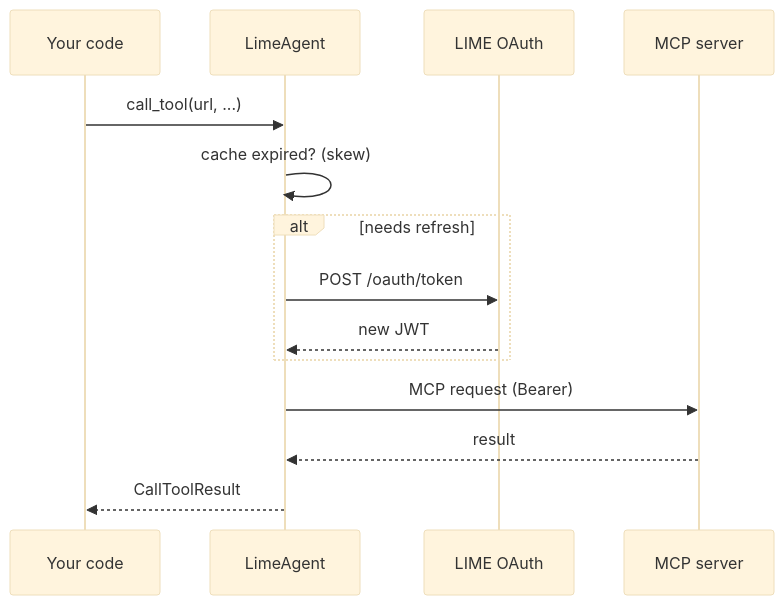
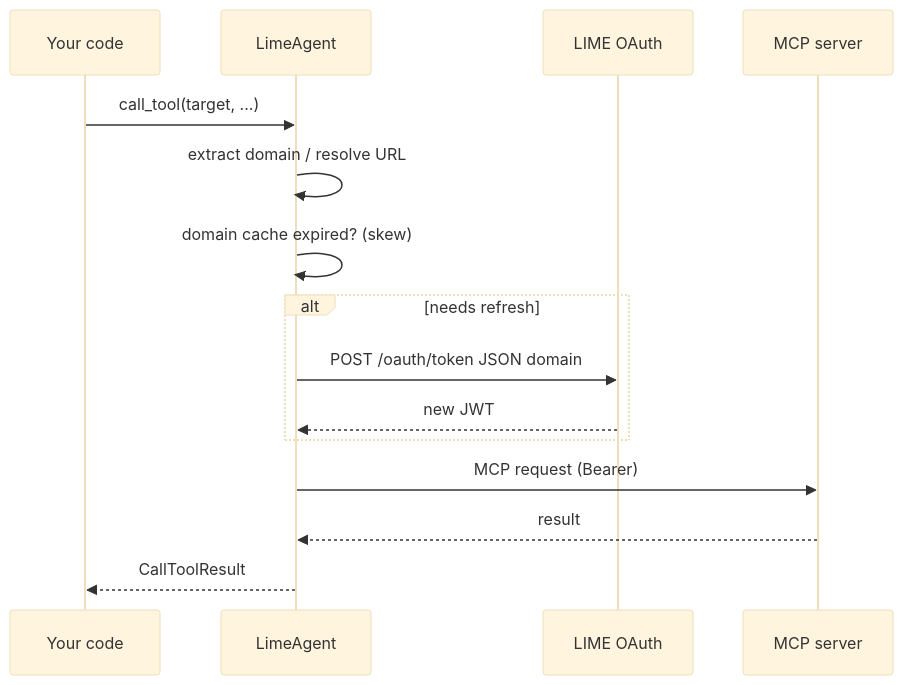
One commit to Mawyxx/lime-agents-sdk changed the diagram in docs/mcp-oauth.md. Above: the diagram before and after it, drawn with Mermaid (base theme). The commit also changed other lines of this file and 24 other files, not shown here.

First line of the commit message:
release: lime-agents-sdk 1.0.0 Zero-Touch Auth

````diff
--- a/docs/mcp-oauth.md
+++ b/docs/mcp-oauth.md
@@ -19,17 +37,18 @@
 ```mermaid
 sequenceDiagram
     participant Agent as Your code
     participant SDK as LimeAgent
     participant LIME as LIME OAuth
     participant MCP as MCP server
 
-    Agent->>SDK: call_tool(url, ...)
-    SDK->>SDK: cache expired? (skew)
+    Agent->>SDK: call_tool(target, ...)
+    SDK->>SDK: extract domain / resolve URL
+    SDK->>SDK: domain cache expired? (skew)
     alt needs refresh
-        SDK->>LIME: POST /oauth/token
+        SDK->>LIME: POST /oauth/token JSON domain
         LIME-->>SDK: new JWT
     end
     SDK->>MCP: MCP request (Bearer)
     MCP-->>SDK: result
     SDK-->>Agent: CallToolResult
 ```
````
